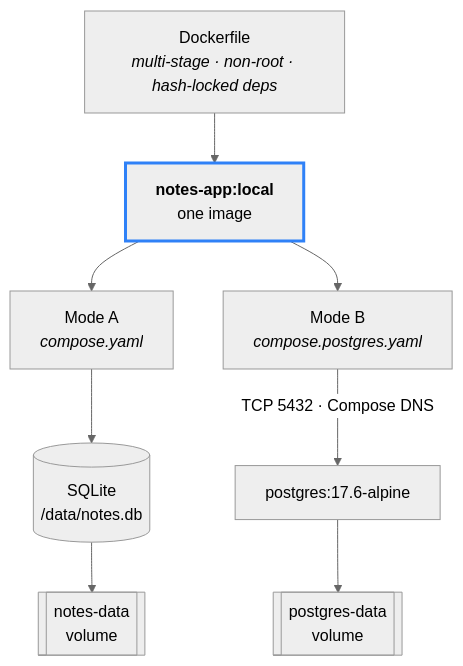
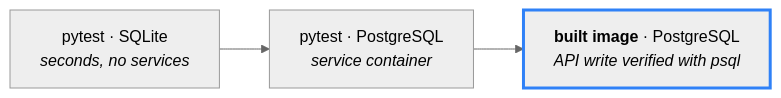
Before and after one commit to gcodiac/python-to-production: the third of 4 diagrams in README.md, drawn with Mermaid (neutral theme). The commit also changed other lines of this file and 1 other file, not shown here.

````diff
--- a/README.md
+++ b/README.md
@@ -21,15 +43,6 @@
 ```mermaid
-flowchart TD
-    DF["Dockerfile<br/><i>multi-stage · non-root · hash-locked deps</i>"] --> IMG["<b>notes-app:local</b><br/>one image"]
-
-    IMG --> A["Mode A<br/><i>compose.yaml</i>"]
-    IMG --> B["Mode B<br/><i>compose.postgres.yaml</i>"]
-
-    A --> AS[("SQLite<br/>/data/notes.db")]
-    AS --> AV[["notes-data<br/>volume"]]
-
-    B -->|"TCP 5432 · Compose DNS"| PG["postgres:17.6-alpine"]
-    PG --> BV[["postgres-data<br/>volume"]]
-
-    style IMG stroke:#2f81f7,stroke-width:3px
+flowchart LR
+    T1["pytest · SQLite<br/><i>seconds, no services</i>"] --> T2["pytest · PostgreSQL<br/><i>service container</i>"]
+    T2 --> T3["<b>built image</b> · PostgreSQL<br/><i>API write verified with psql</i>"]
+    style T3 stroke:#2f81f7,stroke-width:3px
 ```
````
